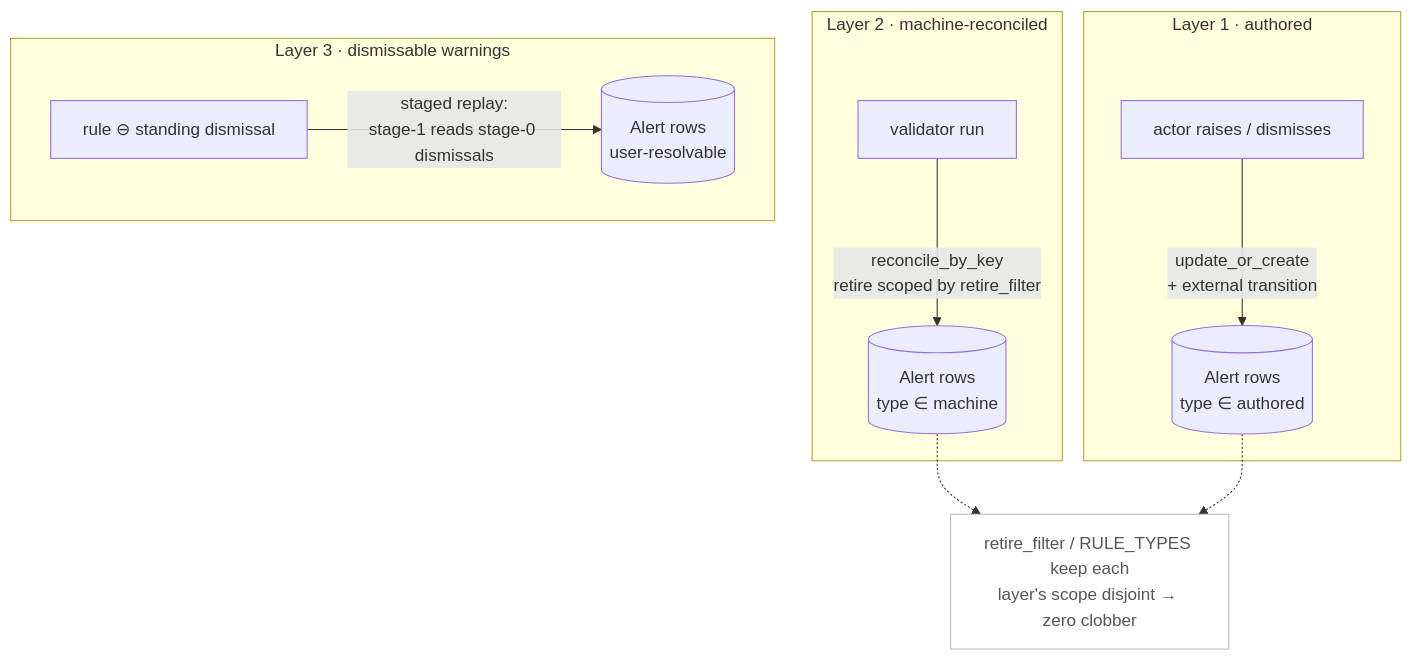
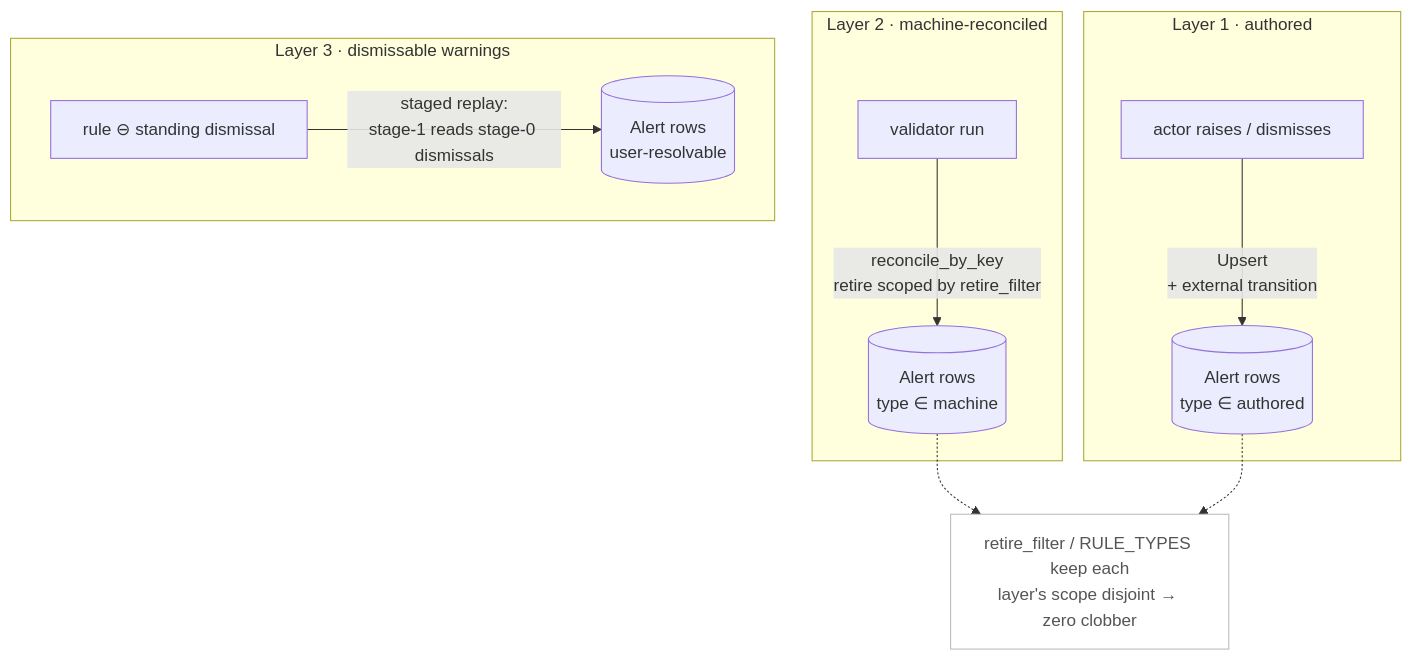
One commit to joshbrooks/rakaia changed the diagram in docs/alerts-projection.md. Above: the diagram before and after it, drawn with Mermaid. The commit also changed other lines of this file and 81 other files, not shown here.

````diff
--- a/docs/alerts-projection.md
+++ b/docs/alerts-projection.md
@@ -14,16 +14,16 @@
 ```mermaid
 flowchart TD
   subgraph L1["Layer 1 · authored"]
-    A1["actor raises / dismisses"] -->|update_or_create<br/>+ external transition| AR[("Alert rows<br/>type ∈ authored")]
+    A1["actor raises / dismisses"] -->|Upsert<br/>+ external transition| AR[("Alert rows<br/>type ∈ authored")]
   end
   subgraph L2["Layer 2 · machine-reconciled"]
     A2["validator run"] -->|reconcile_by_key<br/>retire scoped by retire_filter| MR[("Alert rows<br/>type ∈ machine")]
   end
   subgraph L3["Layer 3 · dismissable warnings"]
     A3["rule ⊖ standing dismissal"] -->|staged replay:<br/>stage-1 reads stage-0 dismissals| DR[("Alert rows<br/>user-resolvable")]
   end
   classDef note fill:#fff,stroke:#bbb,color:#555;
   N["retire_filter / RULE_TYPES keep each<br/>layer's scope disjoint → zero clobber"]:::note
   MR -.-> N
   AR -.-> N
 ```
````
